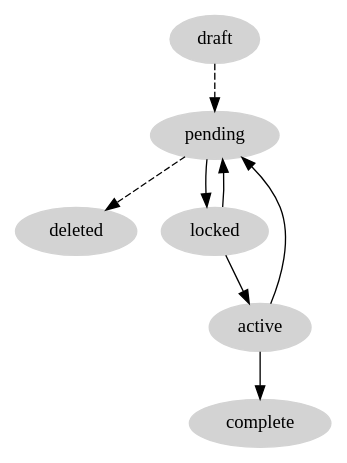
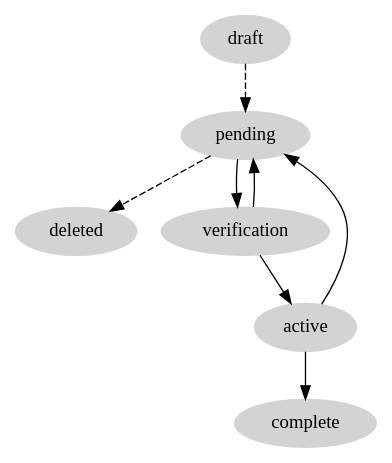
The diagram in docs/source/standard/basicAsset.rst (openprocurement/openregistry.assets.basic), drawn with Graphviz before and after one commit.

Commit message:
Correct the diagram (#22)

```diff
--- a/docs/source/standard/basicAsset.rst
+++ b/docs/source/standard/basicAsset.rst
@@ -143,19 +143,19 @@
 .. graphviz::
 
     digraph G {
             node [style=filled, color=lightgrey];
             edge[style=dashed];
             "draft" -> "pending";
             edge[style=dashed]
             "pending" -> "deleted";
             edge[style=solid];
-            "pending" -> "locked";
+            "pending" -> "verification";
             edge[style=solid];
-            "locked" -> "pending";
+            "verification" -> "pending";
             edge[style=solid];
-            "locked" -> "active";
+            "verification" -> "active";
             edge[style=solid];
             "active" -> "pending";
             edge[style=solid];
             "active" -> "complete";
     }
```
